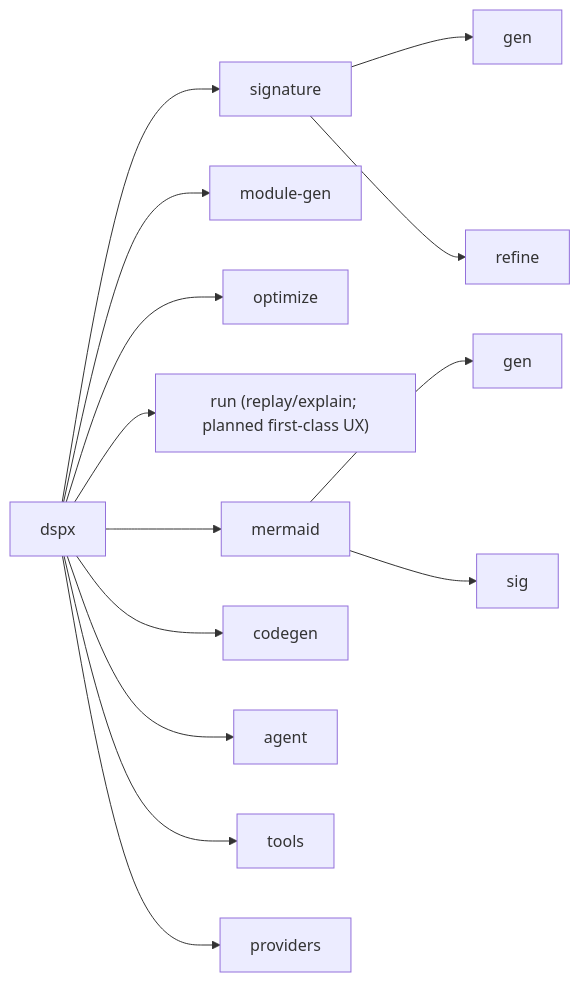
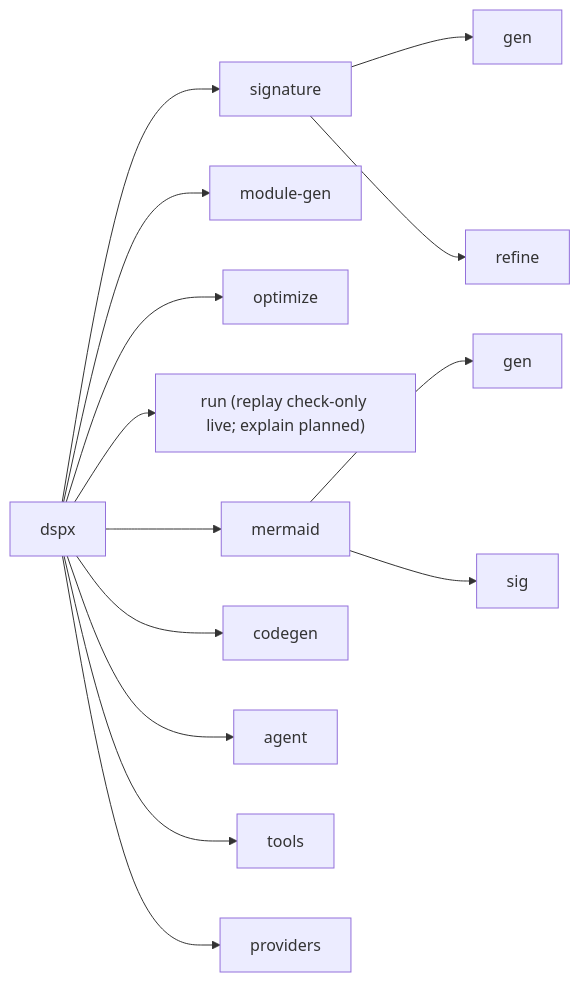
Before and after one commit to tryingET/dspx: the second of 6 diagrams in docs/ARCHITECTURE.md, drawn with Mermaid. The commit also changed 6 other files, not shown here.

First line of the commit message:
📝 docs(replay): sync replay status and roadmap

````diff
--- a/docs/ARCHITECTURE.md
+++ b/docs/ARCHITECTURE.md
@@ -110,16 +110,16 @@
 ```mermaid
 graph LR
   DSPX["dspx"] --> Sig["signature"]
   Sig --> SigGen["gen"]
   Sig --> SigRef["refine"]
   DSPX --> Mod["module-gen"]
   DSPX --> Opt["optimize"]
-  DSPX --> Run["run (replay/explain; planned first-class UX)"]
+  DSPX --> Run["run (replay check-only live; explain planned)"]
   DSPX --> Mermaid["mermaid"]
   Mermaid --> MGen["gen"]
   Mermaid --> MSig["sig"]
   DSPX --> Code["codegen"]
   DSPX --> Agent["agent"]
   DSPX --> Tools["tools"]
   DSPX --> Prov["providers"]
 ```
````
